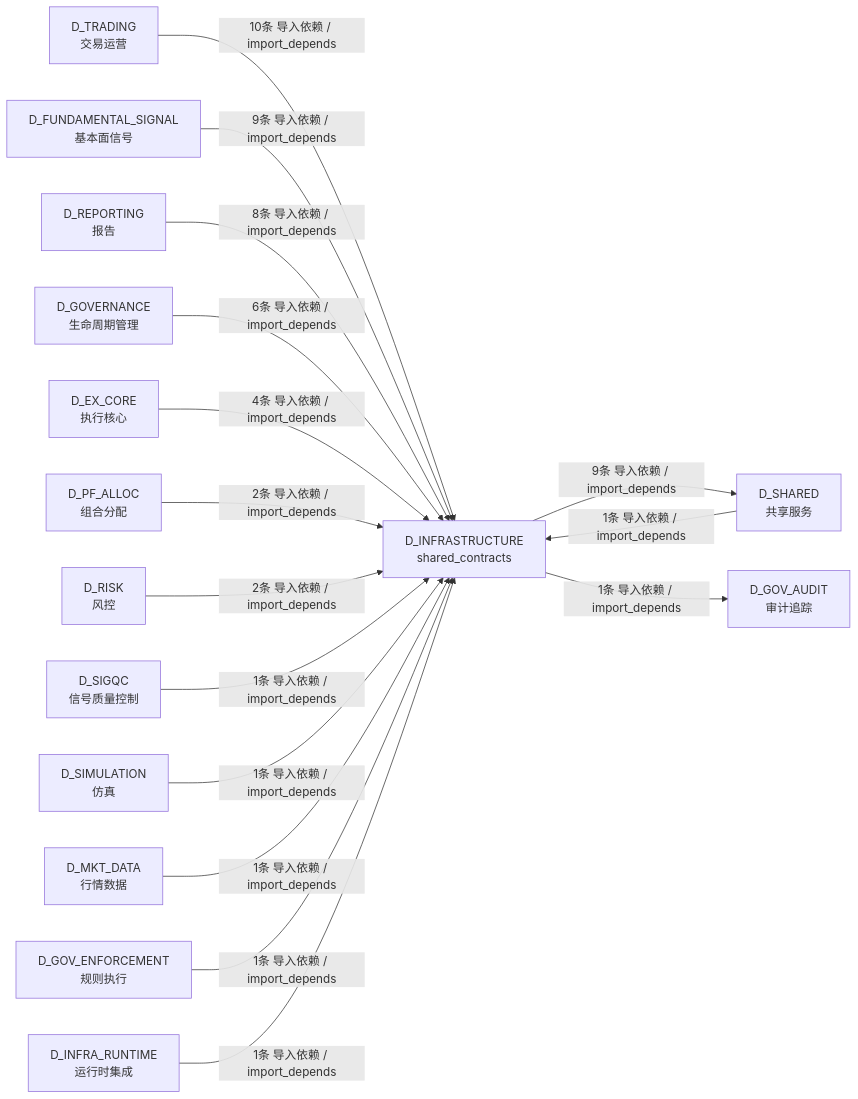
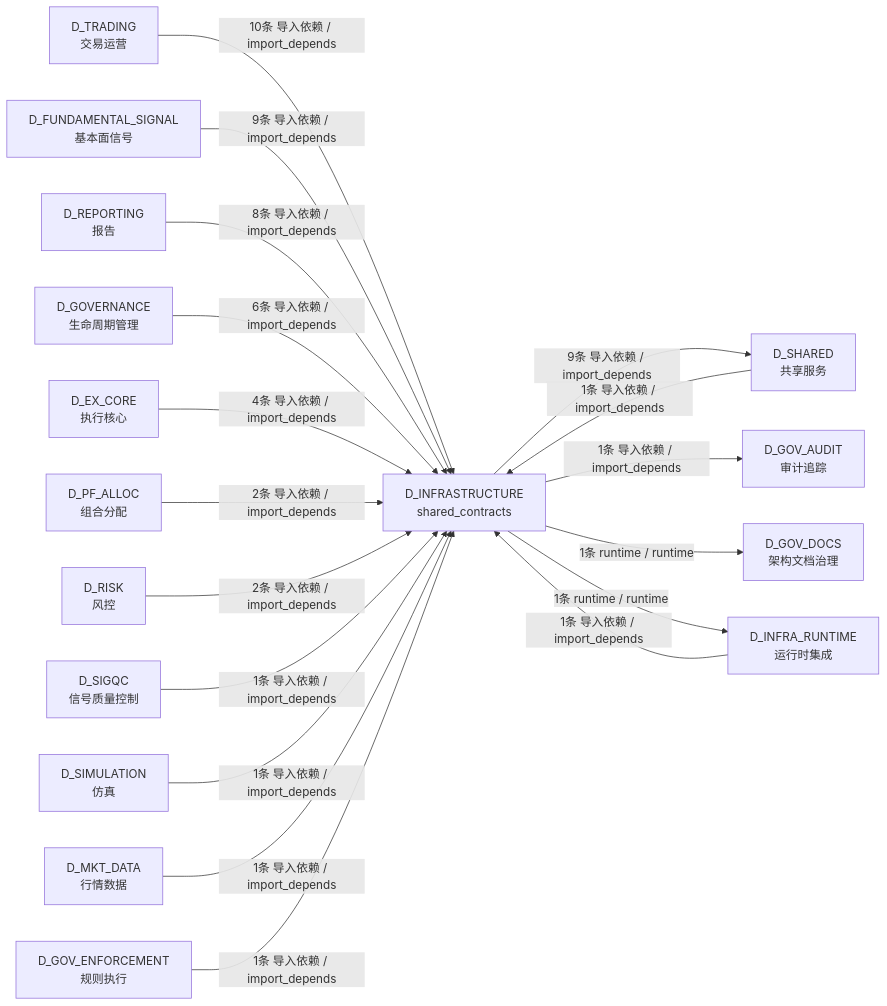
Before and after one commit to xuanFelixVan/ZephyrAlpha: the fourth of 4 diagrams in docs/02_enterprise_architecture/02_domain_architecture_docs/62_d_infrastructure.md, drawn with Mermaid. The commit also changed other lines of this file and 82 other files, not shown here.

````diff
--- a/docs/02_enterprise_architecture/02_domain_architecture_docs/62_d_infrastructure.md
+++ b/docs/02_enterprise_architecture/02_domain_architecture_docs/62_d_infrastructure.md
@@ -357,33 +367,36 @@
 ```mermaid
 graph LR
     D_INFRASTRUCTURE["D_INFRASTRUCTURE<br/>shared_contracts"]
     D_SHARED["D_SHARED<br/>共享服务"]
     D_GOV_AUDIT["D_GOV_AUDIT<br/>审计追踪"]
+    D_GOV_DOCS["D_GOV_DOCS<br/>架构文档治理"]
+    D_INFRA_RUNTIME["D_INFRA_RUNTIME<br/>运行时集成"]
     D_TRADING["D_TRADING<br/>交易运营"]
     D_FUNDAMENTAL_SIGNAL["D_FUNDAMENTAL_SIGNAL<br/>基本面信号"]
     D_REPORTING["D_REPORTING<br/>报告"]
     D_GOVERNANCE["D_GOVERNANCE<br/>生命周期管理"]
     D_EX_CORE["D_EX_CORE<br/>执行核心"]
     D_PF_ALLOC["D_PF_ALLOC<br/>组合分配"]
     D_RISK["D_RISK<br/>风控"]
     D_SIGQC["D_SIGQC<br/>信号质量控制"]
     D_SIMULATION["D_SIMULATION<br/>仿真"]
     D_MKT_DATA["D_MKT_DATA<br/>行情数据"]
     D_GOV_ENFORCEMENT["D_GOV_ENFORCEMENT<br/>规则执行"]
-    D_INFRA_RUNTIME["D_INFRA_RUNTIME<br/>运行时集成"]
     D_INFRASTRUCTURE -->|9条 导入依赖 / import_depends| D_SHARED
     D_INFRASTRUCTURE -->|1条 导入依赖 / import_depends| D_GOV_AUDIT
+    D_INFRASTRUCTURE -->|1条 runtime / runtime| D_GOV_DOCS
+    D_INFRASTRUCTURE -->|1条 runtime / runtime| D_INFRA_RUNTIME
     D_TRADING -->|10条 导入依赖 / import_depends| D_INFRASTRUCTURE
     D_FUNDAMENTAL_SIGNAL -->|9条 导入依赖 / import_depends| D_INFRASTRUCTURE
     D_REPORTING -->|8条 导入依赖 / import_depends| D_INFRASTRUCTURE
     D_GOVERNANCE -->|6条 导入依赖 / import_depends| D_INFRASTRUCTURE
     D_EX_CORE -->|4条 导入依赖 / import_depends| D_INFRASTRUCTURE
     D_PF_ALLOC -->|2条 导入依赖 / import_depends| D_INFRASTRUCTURE
     D_RISK -->|2条 导入依赖 / import_depends| D_INFRASTRUCTURE
     D_SHARED -->|1条 导入依赖 / import_depends| D_INFRASTRUCTURE
     D_SIGQC -->|1条 导入依赖 / import_depends| D_INFRASTRUCTURE
     D_SIMULATION -->|1条 导入依赖 / import_depends| D_INFRASTRUCTURE
     D_MKT_DATA -->|1条 导入依赖 / import_depends| D_INFRASTRUCTURE
     D_GOV_ENFORCEMENT -->|1条 导入依赖 / import_depends| D_INFRASTRUCTURE
     D_INFRA_RUNTIME -->|1条 导入依赖 / import_depends| D_INFRASTRUCTURE
 ```
````
